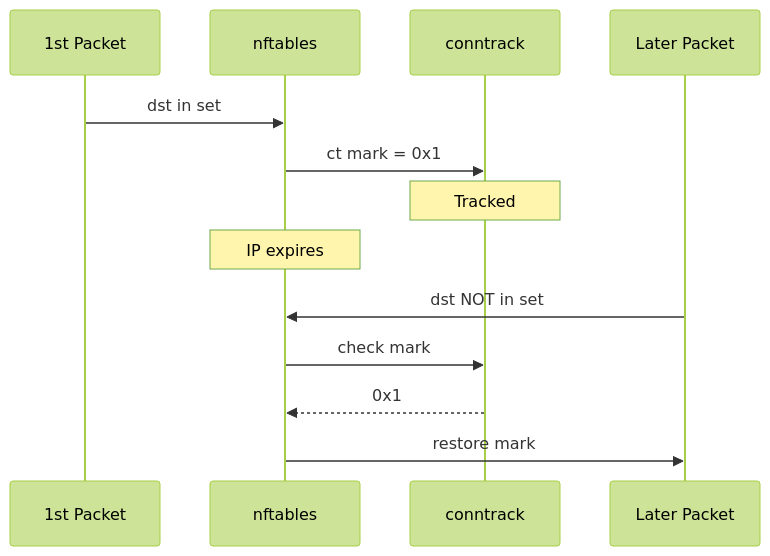
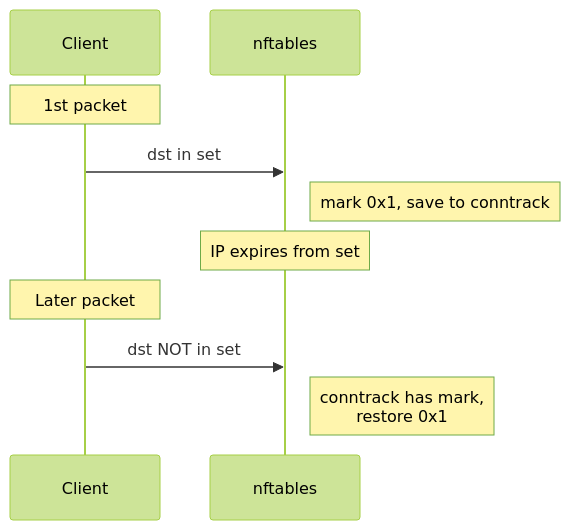
Before and after one commit to starsandmanifolds/starsandmanifolds.xyz: the third of 5 diagrams in src/content/blog/2025-12-31-domain-based-split-tunneling-using-wireguard.md, drawn with Mermaid (forest theme). The commit also changed other lines of this file and 2 other files, not shown here.

Commit message:
feat: enhance mermaid diagram styling for flowcharts and sequence diagrams.

````diff
--- a/src/content/blog/2025-12-31-domain-based-split-tunneling-using-wireguard.md
+++ b/src/content/blog/2025-12-31-domain-based-split-tunneling-using-wireguard.md
@@ -349,18 +349,15 @@
    ```mermaid
    sequenceDiagram
-       participant P1 as 1st Packet
-       participant NFT as nftables
-       participant CT as conntrack
-       participant P2 as Later Packet
+       participant Client
+       participant nftables
 
-       P1->>NFT: dst in set
-       NFT->>CT: ct mark = 0x1
-       Note over CT: Tracked
+       Note over Client: 1st packet
+       Client->>nftables: dst in set
+       Note right of nftables: mark 0x1, save to conntrack
 
-       Note over NFT: IP expires
+       Note over nftables: IP expires from set
 
-       P2->>NFT: dst NOT in set
-       NFT->>CT: check mark
-       CT-->>NFT: 0x1
-       NFT->>P2: restore mark
+       Note over Client: Later packet
+       Client->>nftables: dst NOT in set
+       Note right of nftables: conntrack has mark,<br/>restore 0x1
    ```
````
